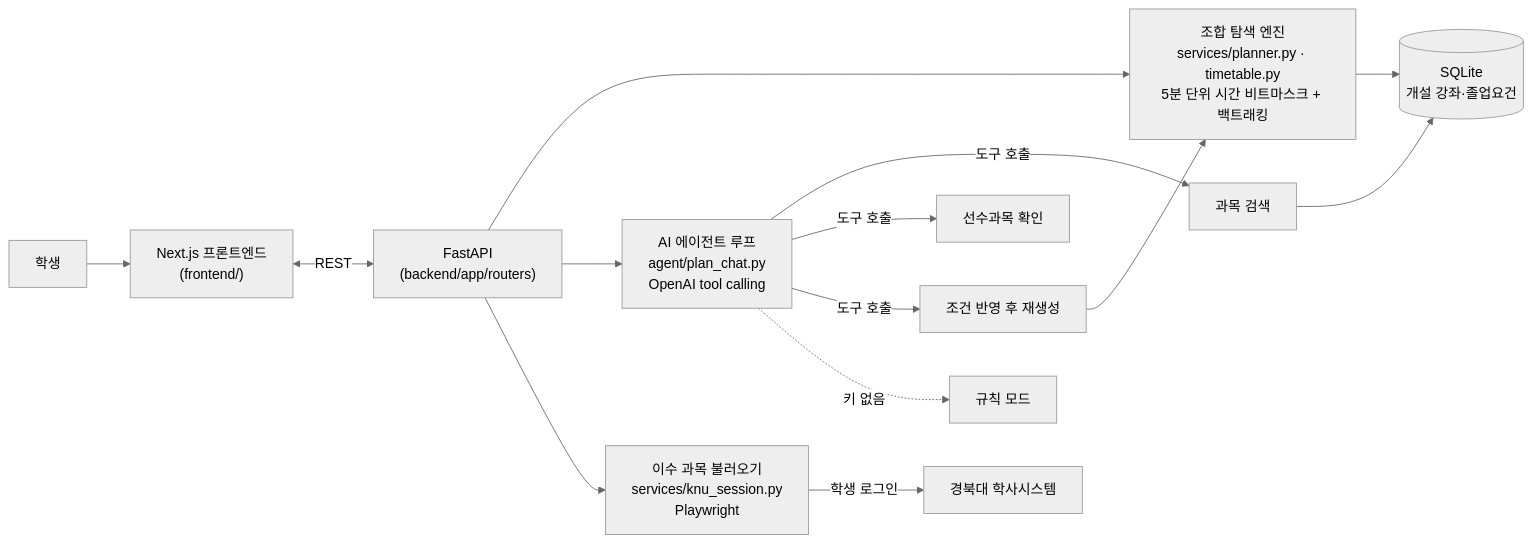
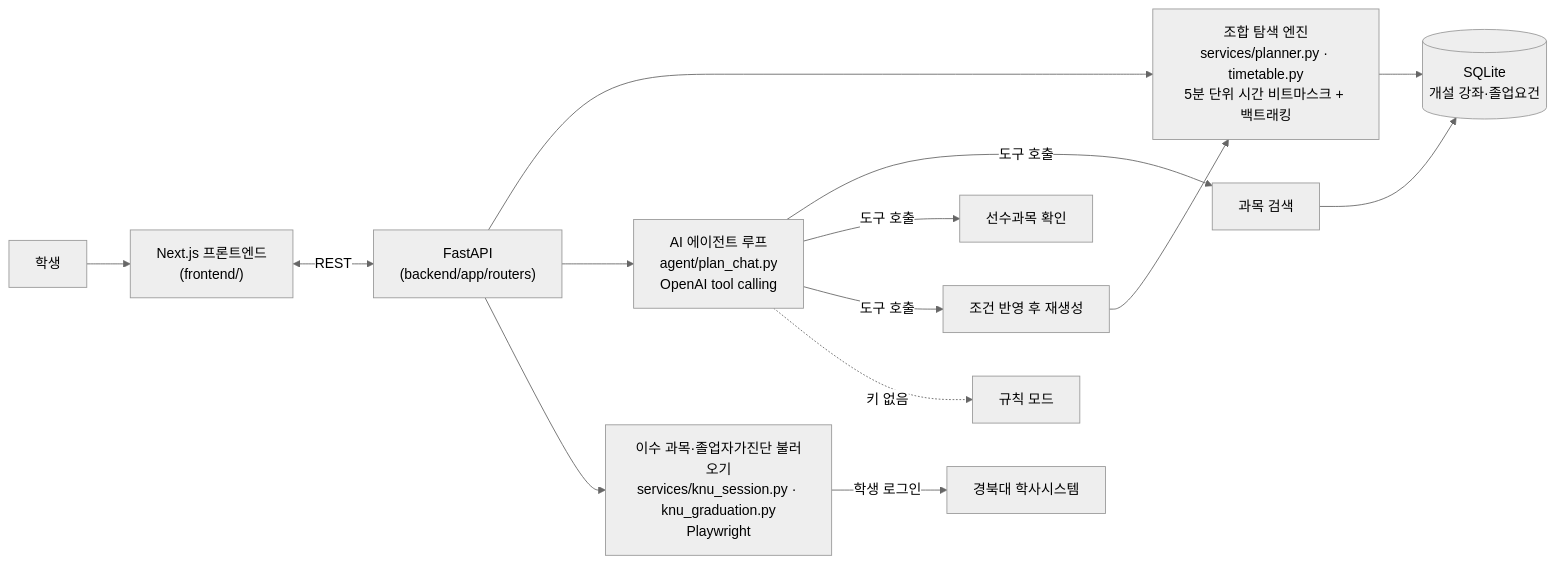
One commit to rlawjdgjs877/course-planner-agent changed the diagram in README.md. Above: the diagram before and after it, drawn with Mermaid (neutral theme). The commit also changed other lines of this file and 1 other file, not shown here.

First line of the commit message:
README: 졸업자가진단 불러오기, 필수과목 우선, 실계정 확인, 공개 배포 반영

````diff
--- a/README.md
+++ b/README.md
@@ -19,18 +25,18 @@
 ```mermaid
 flowchart LR
     U[학생] --> FE["Next.js 프론트엔드<br/>(frontend/)"]
     FE <-->|REST| API["FastAPI<br/>(backend/app/routers)"]
 
     API --> ENG["조합 탐색 엔진<br/>services/planner.py · timetable.py<br/>5분 단위 시간 비트마스크 + 백트래킹"]
     API --> AG["AI 에이전트 루프<br/>agent/plan_chat.py<br/>OpenAI tool calling"]
     AG -->|도구 호출| T1[과목 검색]
     AG -->|도구 호출| T2[선수과목 확인]
     AG -->|도구 호출| T3[조건 반영 후 재생성]
     T3 --> ENG
     T1 --> DB[("SQLite<br/>개설 강좌·졸업요건")]
     ENG --> DB
     AG -.키 없음.-> RULE[규칙 모드]
 
-    API --> IMP["이수 과목 불러오기<br/>services/knu_session.py<br/>Playwright"]
+    API --> IMP["이수 과목·졸업자가진단 불러오기<br/>services/knu_session.py · knu_graduation.py<br/>Playwright"]
     IMP -->|학생 로그인| KNU[경북대 학사시스템]
 ```
````
